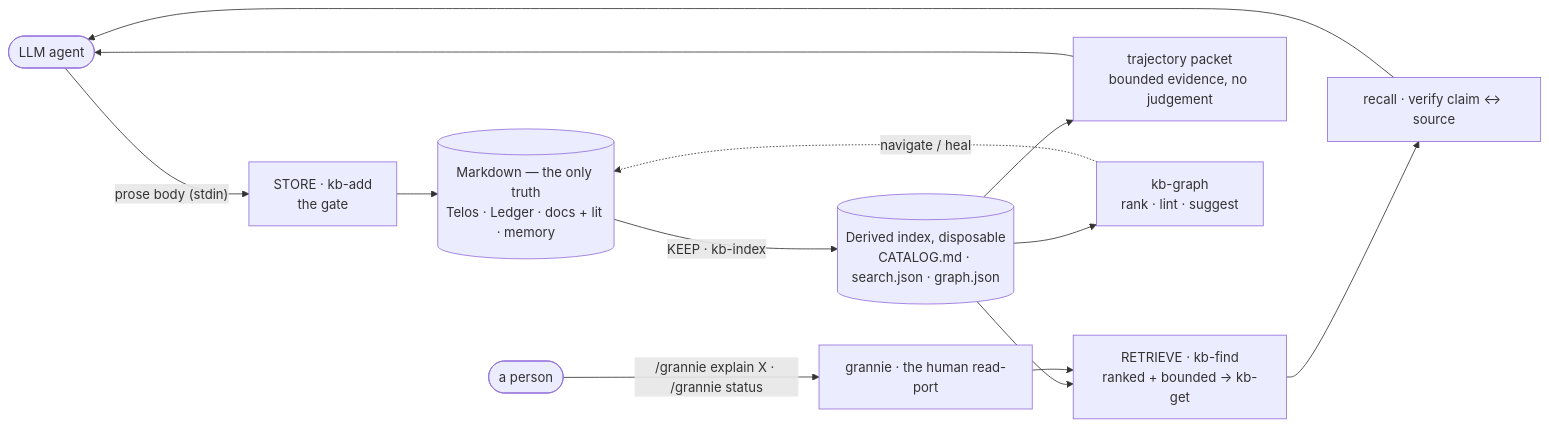
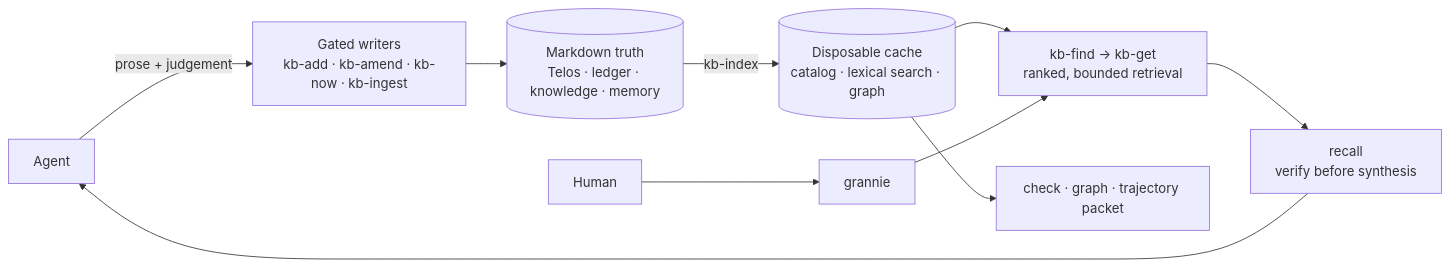
Before and after one commit to Gavin-Qiao/organon: the diagram in promptus/README.md, drawn with Mermaid. The commit also changed other lines of this file and 17 other files, not shown here.

````diff
--- a/promptus/README.md
+++ b/promptus/README.md
@@ -125,15 +75,11 @@
 ```mermaid
 flowchart LR
-  AG(["LLM agent"]) -- "prose body (stdin)" --> ADD["STORE · kb-add<br/>the gate"]
-  ADD --> MD[("Markdown — the only truth<br/>Telos · Ledger · docs + lit · memory")]
-  MD -- "KEEP · kb-index" --> IDX[("Derived index, disposable<br/>CATALOG.md · search.json · graph.json")]
-  IDX --> FIND["RETRIEVE · kb-find<br/>ranked + bounded → kb-get"]
-  IDX --> TR["trajectory packet<br/>bounded evidence, no judgement"]
-  IDX --> GR["kb-graph<br/>rank · lint · suggest"]
-  FIND --> REC["recall · verify claim ↔ source"]
-  TR --> AG
-  REC --> AG
-  GR -. "navigate / heal" .-> MD
-  P(["a person"]) -- "/grannie explain X · /grannie status" --> GRAN["grannie · the human read-port"]
-  GRAN --> FIND
+  A["Agent"] -->|"prose + judgement"| W["Gated writers<br/>kb-add · kb-amend · kb-now · kb-ingest"]
+  W --> M[("Markdown truth<br/>Telos · ledger · knowledge · memory")]
+  M -->|"kb-index"| C[("Disposable cache<br/>catalog · lexical search · graph")]
+  C --> F["kb-find → kb-get<br/>ranked, bounded retrieval"]
+  F --> R["recall<br/>verify before synthesis"]
+  R --> A
+  C --> Q["check · graph · trajectory packet"]
+  H["Human"] --> G["grannie"] --> F
 ```
````
